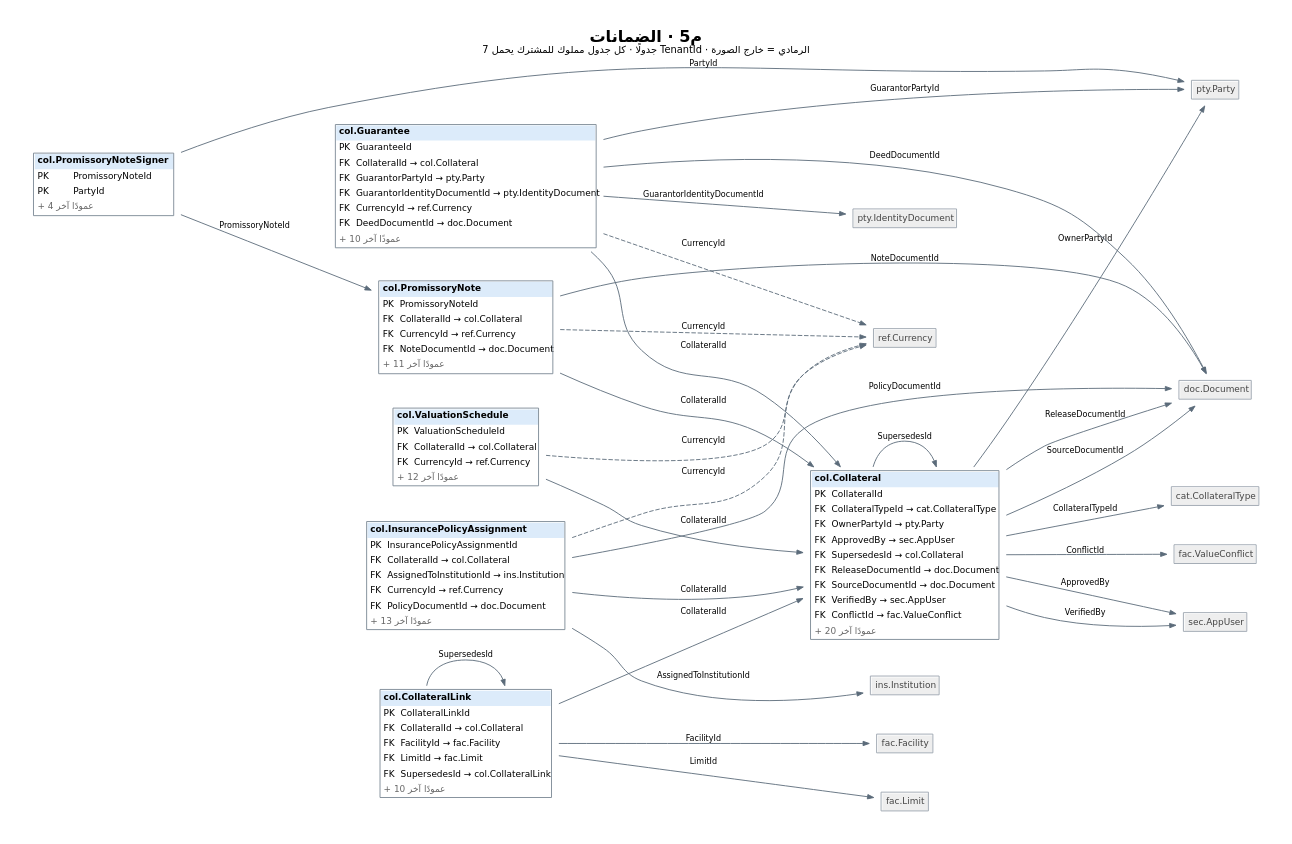
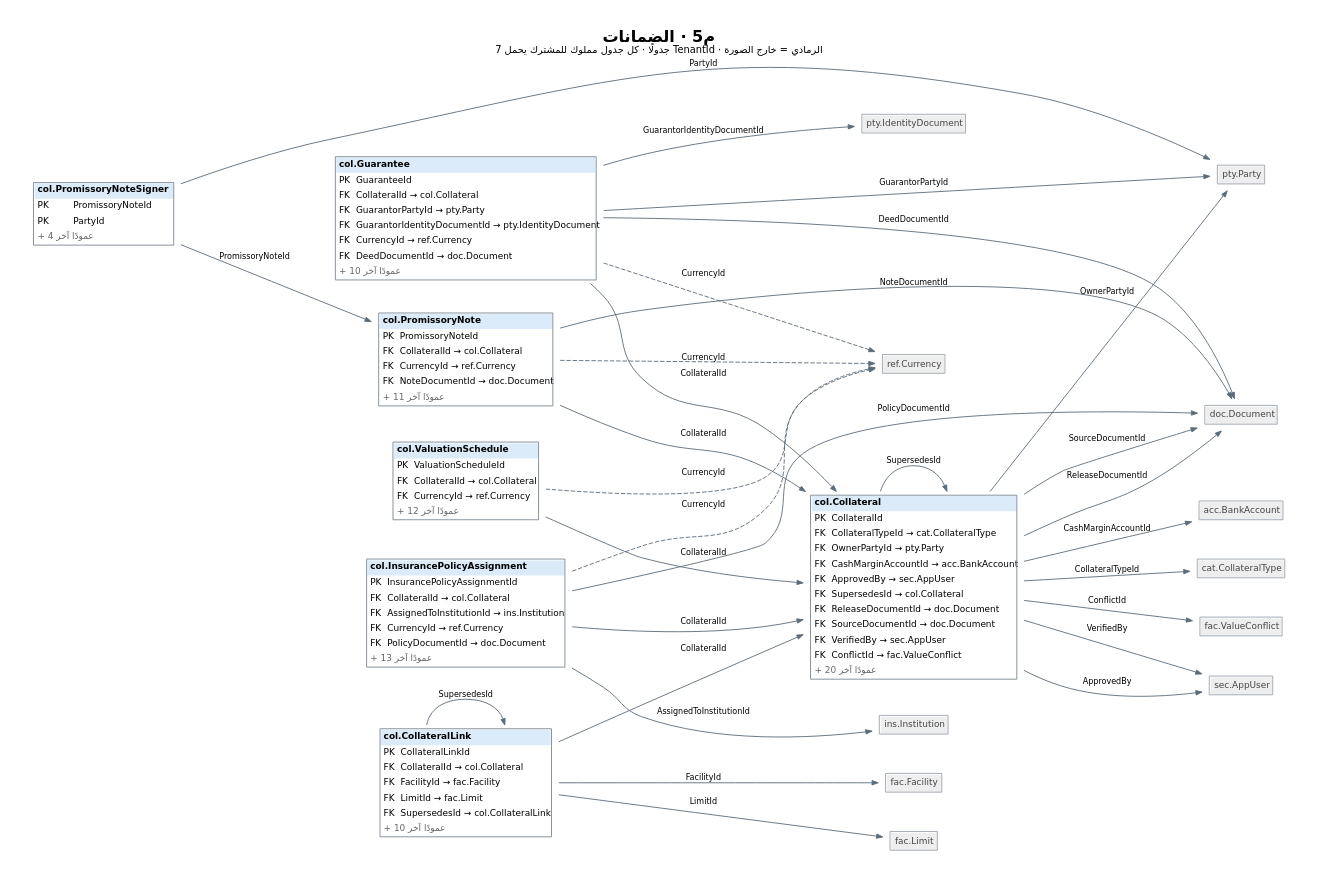
One commit to thawrasy/smartlines changed the diagram in treasury-platform/docs/diagrams/src/erd_m5_collateral.dot. Above: the diagram before and after it, drawn with Graphviz. The commit also changed 80 other files, not shown here.

```diff
--- a/treasury-platform/docs/diagrams/src/erd_m5_collateral.dot
+++ b/treasury-platform/docs/diagrams/src/erd_m5_collateral.dot
@@ -1,50 +1,52 @@
 digraph G {
   graph [fontname="DejaVu Sans", fontsize=18, label=<<B>م5 · الضمانات</B><BR/><FONT POINT-SIZE="11">7 جدولًا · كل جدول مملوك للمشترك يحمل TenantId · الرمادي = خارج الصورة</FONT>>, labelloc=t, rankdir=LR, nodesep=0.4, ranksep=1.2, pad=0.3, bgcolor="white", splines=true];
   node [shape=plaintext, fontname="DejaVu Sans", fontsize=10];
   edge [fontname="DejaVu Sans", fontsize=9, color="#5B6B7A", arrowsize=0.7];
-  "col.Collateral" [label=<<TABLE BORDER="1" CELLBORDER="0" CELLSPACING="0" CELLPADDING="3" COLOR="#7A8794"><TR><TD BGCOLOR="#DCEBFA" ALIGN="LEFT" COLSPAN="2"><B>col.Collateral</B></TD></TR><TR><TD ALIGN="LEFT">PK</TD><TD ALIGN="LEFT">CollateralId</TD></TR><TR><TD ALIGN="LEFT">FK</TD><TD ALIGN="LEFT">CollateralTypeId → cat.CollateralType</TD></TR><TR><TD ALIGN="LEFT">FK</TD><TD ALIGN="LEFT">OwnerPartyId → pty.Party</TD></TR><TR><TD ALIGN="LEFT">FK</TD><TD ALIGN="LEFT">ApprovedBy → sec.AppUser</TD></TR><TR><TD ALIGN="LEFT">FK</TD><TD ALIGN="LEFT">SupersedesId → col.Collateral</TD></TR><TR><TD ALIGN="LEFT">FK</TD><TD ALIGN="LEFT">ReleaseDocumentId → doc.Document</TD></TR><TR><TD ALIGN="LEFT">FK</TD><TD ALIGN="LEFT">SourceDocumentId → doc.Document</TD></TR><TR><TD ALIGN="LEFT">FK</TD><TD ALIGN="LEFT">VerifiedBy → sec.AppUser</TD></TR><TR><TD ALIGN="LEFT">FK</TD><TD ALIGN="LEFT">ConflictId → fac.ValueConflict</TD></TR><TR><TD ALIGN="LEFT" COLSPAN="2"><FONT COLOR="#666666">+ 20 عمودًا آخر</FONT></TD></TR></TABLE>>];
+  "col.Collateral" [label=<<TABLE BORDER="1" CELLBORDER="0" CELLSPACING="0" CELLPADDING="3" COLOR="#7A8794"><TR><TD BGCOLOR="#DCEBFA" ALIGN="LEFT" COLSPAN="2"><B>col.Collateral</B></TD></TR><TR><TD ALIGN="LEFT">PK</TD><TD ALIGN="LEFT">CollateralId</TD></TR><TR><TD ALIGN="LEFT">FK</TD><TD ALIGN="LEFT">CollateralTypeId → cat.CollateralType</TD></TR><TR><TD ALIGN="LEFT">FK</TD><TD ALIGN="LEFT">OwnerPartyId → pty.Party</TD></TR><TR><TD ALIGN="LEFT">FK</TD><TD ALIGN="LEFT">CashMarginAccountId → acc.BankAccount</TD></TR><TR><TD ALIGN="LEFT">FK</TD><TD ALIGN="LEFT">ApprovedBy → sec.AppUser</TD></TR><TR><TD ALIGN="LEFT">FK</TD><TD ALIGN="LEFT">SupersedesId → col.Collateral</TD></TR><TR><TD ALIGN="LEFT">FK</TD><TD ALIGN="LEFT">ReleaseDocumentId → doc.Document</TD></TR><TR><TD ALIGN="LEFT">FK</TD><TD ALIGN="LEFT">SourceDocumentId → doc.Document</TD></TR><TR><TD ALIGN="LEFT">FK</TD><TD ALIGN="LEFT">VerifiedBy → sec.AppUser</TD></TR><TR><TD ALIGN="LEFT">FK</TD><TD ALIGN="LEFT">ConflictId → fac.ValueConflict</TD></TR><TR><TD ALIGN="LEFT" COLSPAN="2"><FONT COLOR="#666666">+ 20 عمودًا آخر</FONT></TD></TR></TABLE>>];
   "col.CollateralLink" [label=<<TABLE BORDER="1" CELLBORDER="0" CELLSPACING="0" CELLPADDING="3" COLOR="#7A8794"><TR><TD BGCOLOR="#DCEBFA" ALIGN="LEFT" COLSPAN="2"><B>col.CollateralLink</B></TD></TR><TR><TD ALIGN="LEFT">PK</TD><TD ALIGN="LEFT">CollateralLinkId</TD></TR><TR><TD ALIGN="LEFT">FK</TD><TD ALIGN="LEFT">CollateralId → col.Collateral</TD></TR><TR><TD ALIGN="LEFT">FK</TD><TD ALIGN="LEFT">FacilityId → fac.Facility</TD></TR><TR><TD ALIGN="LEFT">FK</TD><TD ALIGN="LEFT">LimitId → fac.Limit</TD></TR><TR><TD ALIGN="LEFT">FK</TD><TD ALIGN="LEFT">SupersedesId → col.CollateralLink</TD></TR><TR><TD ALIGN="LEFT" COLSPAN="2"><FONT COLOR="#666666">+ 10 عمودًا آخر</FONT></TD></TR></TABLE>>];
   "col.Guarantee" [label=<<TABLE BORDER="1" CELLBORDER="0" CELLSPACING="0" CELLPADDING="3" COLOR="#7A8794"><TR><TD BGCOLOR="#DCEBFA" ALIGN="LEFT" COLSPAN="2"><B>col.Guarantee</B></TD></TR><TR><TD ALIGN="LEFT">PK</TD><TD ALIGN="LEFT">GuaranteeId</TD></TR><TR><TD ALIGN="LEFT">FK</TD><TD ALIGN="LEFT">CollateralId → col.Collateral</TD></TR><TR><TD ALIGN="LEFT">FK</TD><TD ALIGN="LEFT">GuarantorPartyId → pty.Party</TD></TR><TR><TD ALIGN="LEFT">FK</TD><TD ALIGN="LEFT">GuarantorIdentityDocumentId → pty.IdentityDocument</TD></TR><TR><TD ALIGN="LEFT">FK</TD><TD ALIGN="LEFT">CurrencyId → ref.Currency</TD></TR><TR><TD ALIGN="LEFT">FK</TD><TD ALIGN="LEFT">DeedDocumentId → doc.Document</TD></TR><TR><TD ALIGN="LEFT" COLSPAN="2"><FONT COLOR="#666666">+ 10 عمودًا آخر</FONT></TD></TR></TABLE>>];
   "col.InsurancePolicyAssignment" [label=<<TABLE BORDER="1" CELLBORDER="0" CELLSPACING="0" CELLPADDING="3" COLOR="#7A8794"><TR><TD BGCOLOR="#DCEBFA" ALIGN="LEFT" COLSPAN="2"><B>col.InsurancePolicyAssignment</B></TD></TR><TR><TD ALIGN="LEFT">PK</TD><TD ALIGN="LEFT">InsurancePolicyAssignmentId</TD></TR><TR><TD ALIGN="LEFT">FK</TD><TD ALIGN="LEFT">CollateralId → col.Collateral</TD></TR><TR><TD ALIGN="LEFT">FK</TD><TD ALIGN="LEFT">AssignedToInstitutionId → ins.Institution</TD></TR><TR><TD ALIGN="LEFT">FK</TD><TD ALIGN="LEFT">CurrencyId → ref.Currency</TD></TR><TR><TD ALIGN="LEFT">FK</TD><TD ALIGN="LEFT">PolicyDocumentId → doc.Document</TD></TR><TR><TD ALIGN="LEFT" COLSPAN="2"><FONT COLOR="#666666">+ 13 عمودًا آخر</FONT></TD></TR></TABLE>>];
   "col.PromissoryNote" [label=<<TABLE BORDER="1" CELLBORDER="0" CELLSPACING="0" CELLPADDING="3" COLOR="#7A8794"><TR><TD BGCOLOR="#DCEBFA" ALIGN="LEFT" COLSPAN="2"><B>col.PromissoryNote</B></TD></TR><TR><TD ALIGN="LEFT">PK</TD><TD ALIGN="LEFT">PromissoryNoteId</TD></TR><TR><TD ALIGN="LEFT">FK</TD><TD ALIGN="LEFT">CollateralId → col.Collateral</TD></TR><TR><TD ALIGN="LEFT">FK</TD><TD ALIGN="LEFT">CurrencyId → ref.Currency</TD></TR><TR><TD ALIGN="LEFT">FK</TD><TD ALIGN="LEFT">NoteDocumentId → doc.Document</TD></TR><TR><TD ALIGN="LEFT" COLSPAN="2"><FONT COLOR="#666666">+ 11 عمودًا آخر</FONT></TD></TR></TABLE>>];
   "col.PromissoryNoteSigner" [label=<<TABLE BORDER="1" CELLBORDER="0" CELLSPACING="0" CELLPADDING="3" COLOR="#7A8794"><TR><TD BGCOLOR="#DCEBFA" ALIGN="LEFT" COLSPAN="2"><B>col.PromissoryNoteSigner</B></TD></TR><TR><TD ALIGN="LEFT">PK</TD><TD ALIGN="LEFT">PromissoryNoteId</TD></TR><TR><TD ALIGN="LEFT">PK</TD><TD ALIGN="LEFT">PartyId</TD></TR><TR><TD ALIGN="LEFT" COLSPAN="2"><FONT COLOR="#666666">+ 4 عمودًا آخر</FONT></TD></TR></TABLE>>];
   "col.ValuationSchedule" [label=<<TABLE BORDER="1" CELLBORDER="0" CELLSPACING="0" CELLPADDING="3" COLOR="#7A8794"><TR><TD BGCOLOR="#DCEBFA" ALIGN="LEFT" COLSPAN="2"><B>col.ValuationSchedule</B></TD></TR><TR><TD ALIGN="LEFT">PK</TD><TD ALIGN="LEFT">ValuationScheduleId</TD></TR><TR><TD ALIGN="LEFT">FK</TD><TD ALIGN="LEFT">CollateralId → col.Collateral</TD></TR><TR><TD ALIGN="LEFT">FK</TD><TD ALIGN="LEFT">CurrencyId → ref.Currency</TD></TR><TR><TD ALIGN="LEFT" COLSPAN="2"><FONT COLOR="#666666">+ 12 عمودًا آخر</FONT></TD></TR></TABLE>>];
+  "acc.BankAccount" [label=<<TABLE BORDER="1" CELLBORDER="0" CELLSPACING="0" CELLPADDING="4" COLOR="#9AA3AD"><TR><TD BGCOLOR="#EEEEEE"><FONT COLOR="#444444">acc.BankAccount</FONT></TD></TR></TABLE>>];
   "cat.CollateralType" [label=<<TABLE BORDER="1" CELLBORDER="0" CELLSPACING="0" CELLPADDING="4" COLOR="#9AA3AD"><TR><TD BGCOLOR="#EEEEEE"><FONT COLOR="#444444">cat.CollateralType</FONT></TD></TR></TABLE>>];
   "doc.Document" [label=<<TABLE BORDER="1" CELLBORDER="0" CELLSPACING="0" CELLPADDING="4" COLOR="#9AA3AD"><TR><TD BGCOLOR="#EEEEEE"><FONT COLOR="#444444">doc.Document</FONT></TD></TR></TABLE>>];
   "fac.Facility" [label=<<TABLE BORDER="1" CELLBORDER="0" CELLSPACING="0" CELLPADDING="4" COLOR="#9AA3AD"><TR><TD BGCOLOR="#EEEEEE"><FONT COLOR="#444444">fac.Facility</FONT></TD></TR></TABLE>>];
   "fac.Limit" [label=<<TABLE BORDER="1" CELLBORDER="0" CELLSPACING="0" CELLPADDING="4" COLOR="#9AA3AD"><TR><TD BGCOLOR="#EEEEEE"><FONT COLOR="#444444">fac.Limit</FONT></TD></TR></TABLE>>];
   "fac.ValueConflict" [label=<<TABLE BORDER="1" CELLBORDER="0" CELLSPACING="0" CELLPADDING="4" COLOR="#9AA3AD"><TR><TD BGCOLOR="#EEEEEE"><FONT COLOR="#444444">fac.ValueConflict</FONT></TD></TR></TABLE>>];
   "ins.Institution" [label=<<TABLE BORDER="1" CELLBORDER="0" CELLSPACING="0" CELLPADDING="4" COLOR="#9AA3AD"><TR><TD BGCOLOR="#EEEEEE"><FONT COLOR="#444444">ins.Institution</FONT></TD></TR></TABLE>>];
   "pty.IdentityDocument" [label=<<TABLE BORDER="1" CELLBORDER="0" CELLSPACING="0" CELLPADDING="4" COLOR="#9AA3AD"><TR><TD BGCOLOR="#EEEEEE"><FONT COLOR="#444444">pty.IdentityDocument</FONT></TD></TR></TABLE>>];
   "pty.Party" [label=<<TABLE BORDER="1" CELLBORDER="0" CELLSPACING="0" CELLPADDING="4" COLOR="#9AA3AD"><TR><TD BGCOLOR="#EEEEEE"><FONT COLOR="#444444">pty.Party</FONT></TD></TR></TABLE>>];
   "ref.Currency" [label=<<TABLE BORDER="1" CELLBORDER="0" CELLSPACING="0" CELLPADDING="4" COLOR="#9AA3AD"><TR><TD BGCOLOR="#EEEEEE"><FONT COLOR="#444444">ref.Currency</FONT></TD></TR></TABLE>>];
   "sec.AppUser" [label=<<TABLE BORDER="1" CELLBORDER="0" CELLSPACING="0" CELLPADDING="4" COLOR="#9AA3AD"><TR><TD BGCOLOR="#EEEEEE"><FONT COLOR="#444444">sec.AppUser</FONT></TD></TR></TABLE>>];
+  "col.Collateral" -> "acc.BankAccount" [label="CashMarginAccountId", style=solid];
   "col.Collateral" -> "cat.CollateralType" [label="CollateralTypeId", style=solid];
   "col.Collateral" -> "col.Collateral" [label="SupersedesId", style=solid];
   "col.Collateral" -> "doc.Document" [label="ReleaseDocumentId", style=solid];
   "col.Collateral" -> "doc.Document" [label="SourceDocumentId", style=solid];
   "col.Collateral" -> "fac.ValueConflict" [label="ConflictId", style=solid];
   "col.Collateral" -> "pty.Party" [label="OwnerPartyId", style=solid];
   "col.Collateral" -> "sec.AppUser" [label="ApprovedBy", style=solid];
   "col.Collateral" -> "sec.AppUser" [label="VerifiedBy", style=solid];
   "col.CollateralLink" -> "col.Collateral" [label="CollateralId", style=solid];
   "col.CollateralLink" -> "col.CollateralLink" [label="SupersedesId", style=solid];
   "col.CollateralLink" -> "fac.Facility" [label="FacilityId", style=solid];
   "col.CollateralLink" -> "fac.Limit" [label="LimitId", style=solid];
   "col.Guarantee" -> "col.Collateral" [label="CollateralId", style=solid];
   "col.Guarantee" -> "doc.Document" [label="DeedDocumentId", style=solid];
   "col.Guarantee" -> "pty.IdentityDocument" [label="GuarantorIdentityDocumentId", style=solid];
   "col.Guarantee" -> "pty.Party" [label="GuarantorPartyId", style=solid];
   "col.Guarantee" -> "ref.Currency" [label="CurrencyId", style=dashed];
   "col.InsurancePolicyAssignment" -> "col.Collateral" [label="CollateralId", style=solid];
   "col.InsurancePolicyAssignment" -> "doc.Document" [label="PolicyDocumentId", style=solid];
   "col.InsurancePolicyAssignment" -> "ins.Institution" [label="AssignedToInstitutionId", style=solid];
   "col.InsurancePolicyAssignment" -> "ref.Currency" [label="CurrencyId", style=dashed];
   "col.PromissoryNote" -> "col.Collateral" [label="CollateralId", style=solid];
   "col.PromissoryNote" -> "doc.Document" [label="NoteDocumentId", style=solid];
   "col.PromissoryNote" -> "ref.Currency" [label="CurrencyId", style=dashed];
   "col.PromissoryNoteSigner" -> "col.PromissoryNote" [label="PromissoryNoteId", style=solid];
   "col.PromissoryNoteSigner" -> "pty.Party" [label="PartyId", style=solid];
   "col.ValuationSchedule" -> "col.Collateral" [label="CollateralId", style=solid];
   "col.ValuationSchedule" -> "ref.Currency" [label="CurrencyId", style=dashed];
 }
```
